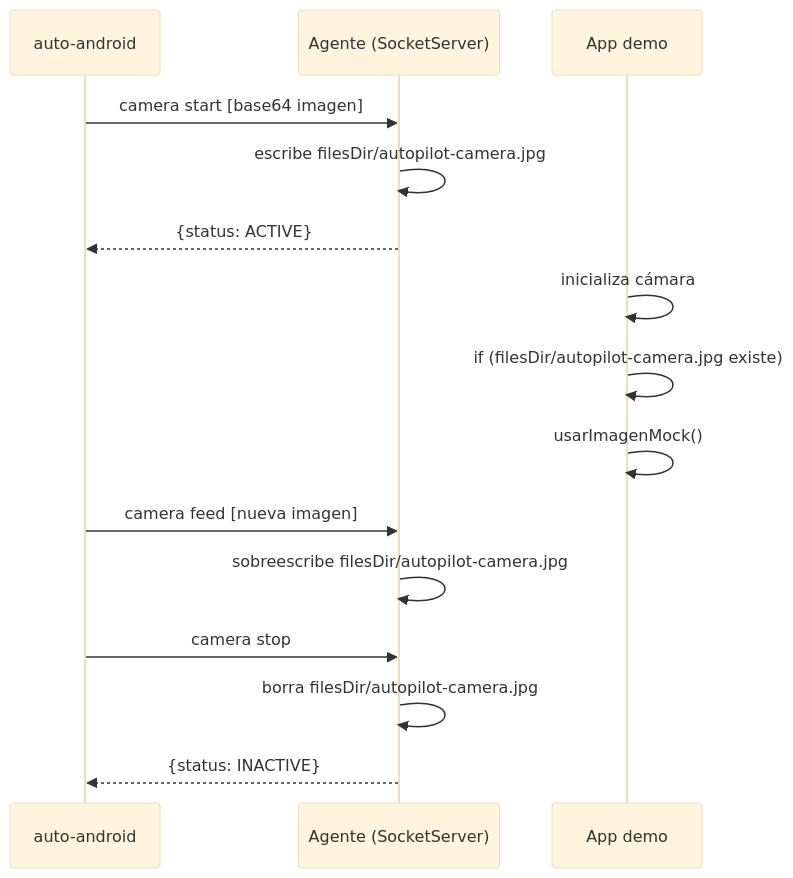
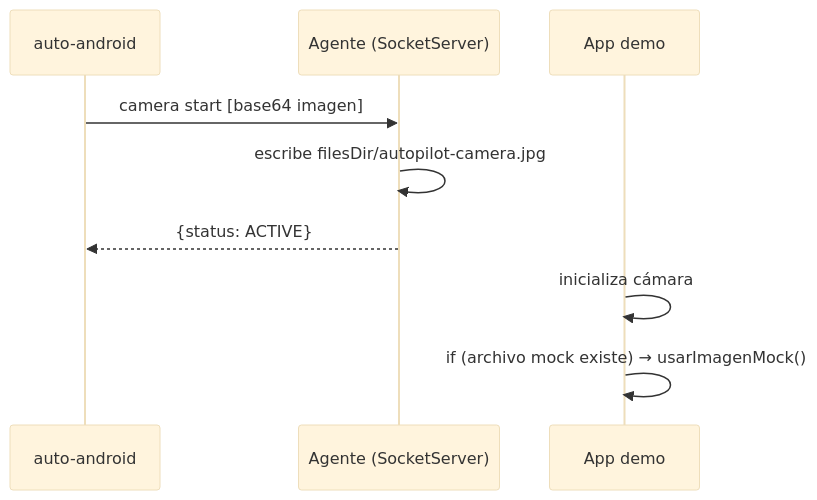
One commit to fsaldivar-dev/AutoPilot changed the first of 2 diagrams in docs/libro/10-paridad-android.md. Above: the diagram before and after it, drawn with Mermaid (base theme). The commit also changed other lines of this file and 1 other file, not shown here.

First line of the commit message:
docs: cap 10 camera mock JVMTI + bitácora sesión 2026-04-04

````diff
--- a/docs/libro/10-paridad-android.md
+++ b/docs/libro/10-paridad-android.md
@@ -158,21 +114,13 @@
 ```mermaid
 sequenceDiagram
     participant CLI as auto-android
     participant Agent as Agente (SocketServer)
     participant App as App demo
 
     CLI->>Agent: camera start [base64 imagen]
     Agent->>Agent: escribe filesDir/autopilot-camera.jpg
     Agent-->>CLI: {status: ACTIVE}
-    
+
     App->>App: inicializa cámara
-    App->>App: if (filesDir/autopilot-camera.jpg existe)
-    App->>App: usarImagenMock()
-    
-    CLI->>Agent: camera feed [nueva imagen]
-    Agent->>Agent: sobreescribe filesDir/autopilot-camera.jpg
-    
-    CLI->>Agent: camera stop
-    Agent->>Agent: borra filesDir/autopilot-camera.jpg
-    Agent-->>CLI: {status: INACTIVE}
+    App->>App: if (archivo mock existe) → usarImagenMock()
 ```
````
